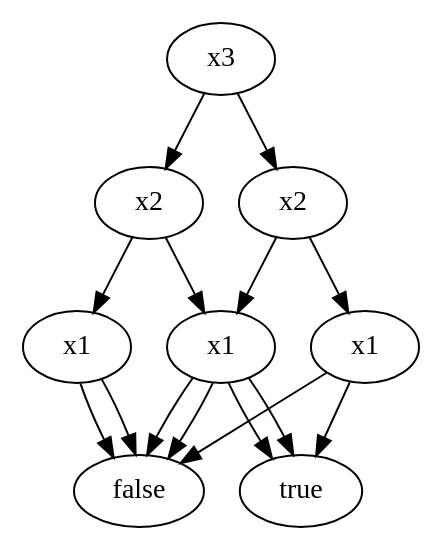
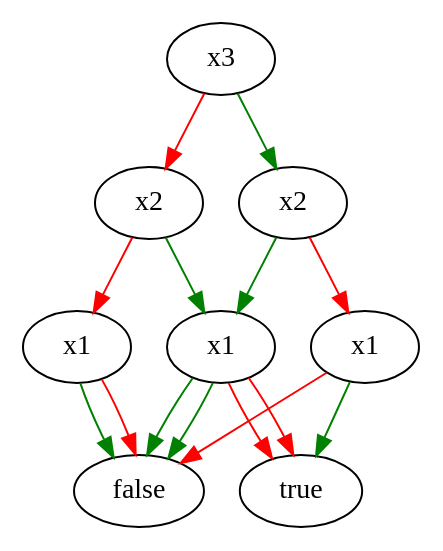
One commit to aboubacardiawara/algav-project changed the diagram in Test.dot. Above: the diagram before and after it, drawn with Graphviz. The commit also changed 3 other files, not shown here.

```diff
--- a/Test.dot
+++ b/Test.dot
@@ -1,32 +1,32 @@
 digraph{
-Ptr0x11c606e20 [label="x3" ] 
-Ptr0x11c606e90 [label="x2" ] 
-Ptr0x11c606f00 [label="x1" ] 
-Ptr0x11c606f50 [label="false" ] 
-Ptr0x11c606f90 [label="true" ] 
-Ptr0x11c606f00 -> Ptr0x11c606f50
-Ptr0x11c606f00 -> Ptr0x11c606f90
-Ptr0x11c606fd0 [label="x1" ] 
-Ptr0x11c606f90 [label="true" ] 
-Ptr0x11c606f50 [label="false" ] 
-Ptr0x11c606fd0 -> Ptr0x11c606f90
-Ptr0x11c606fd0 -> Ptr0x11c606f50
-Ptr0x11c606e90 -> Ptr0x11c606f00
-Ptr0x11c606e90 -> Ptr0x11c606fd0
-Ptr0x11c6070a0 [label="x2" ] 
-Ptr0x11c606f00 [label="x1" ] 
-Ptr0x11c606f50 [label="false" ] 
-Ptr0x11c606f90 [label="true" ] 
-Ptr0x11c606f00 -> Ptr0x11c606f50
-Ptr0x11c606f00 -> Ptr0x11c606f90
-Ptr0x11c6071c0 [label="x1" ] 
-Ptr0x11c606f50 [label="false" ] 
-Ptr0x11c606f50 [label="false" ] 
-Ptr0x11c6071c0 -> Ptr0x11c606f50
-Ptr0x11c6071c0 -> Ptr0x11c606f50
-Ptr0x11c6070a0 -> Ptr0x11c606f00
-Ptr0x11c6070a0 -> Ptr0x11c6071c0
-Ptr0x11c606e20 -> Ptr0x11c606e90
-Ptr0x11c606e20 -> Ptr0x11c6070a0
+Ptr0x129e06e20 [label="x3" ] 
+Ptr0x129e06e90 [label="x2" ] 
+Ptr0x129e06f00 [label="x1" ] 
+Ptr0x129e06f50 [label="false" ] 
+Ptr0x129e06f90 [label="true" ] 
+Ptr0x129e06f00 -> Ptr0x129e06f50 [color="green"]
+Ptr0x129e06f00 -> Ptr0x129e06f90 [color="red"]
+Ptr0x129e06fd0 [label="x1" ] 
+Ptr0x129e06f90 [label="true" ] 
+Ptr0x129e06f50 [label="false" ] 
+Ptr0x129e06fd0 -> Ptr0x129e06f90 [color="green"]
+Ptr0x129e06fd0 -> Ptr0x129e06f50 [color="red"]
+Ptr0x129e06e90 -> Ptr0x129e06f00 [color="green"]
+Ptr0x129e06e90 -> Ptr0x129e06fd0 [color="red"]
+Ptr0x129e070a0 [label="x2" ] 
+Ptr0x129e06f00 [label="x1" ] 
+Ptr0x129e06f50 [label="false" ] 
+Ptr0x129e06f90 [label="true" ] 
+Ptr0x129e06f00 -> Ptr0x129e06f50 [color="green"]
+Ptr0x129e06f00 -> Ptr0x129e06f90 [color="red"]
+Ptr0x129e071c0 [label="x1" ] 
+Ptr0x129e06f50 [label="false" ] 
+Ptr0x129e06f50 [label="false" ] 
+Ptr0x129e071c0 -> Ptr0x129e06f50 [color="green"]
+Ptr0x129e071c0 -> Ptr0x129e06f50 [color="red"]
+Ptr0x129e070a0 -> Ptr0x129e06f00 [color="green"]
+Ptr0x129e070a0 -> Ptr0x129e071c0 [color="red"]
+Ptr0x129e06e20 -> Ptr0x129e06e90 [color="green"]
+Ptr0x129e06e20 -> Ptr0x129e070a0 [color="red"]
 
 }
```
